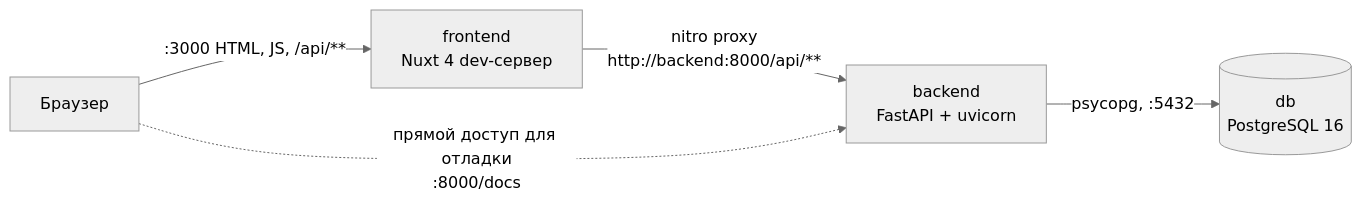
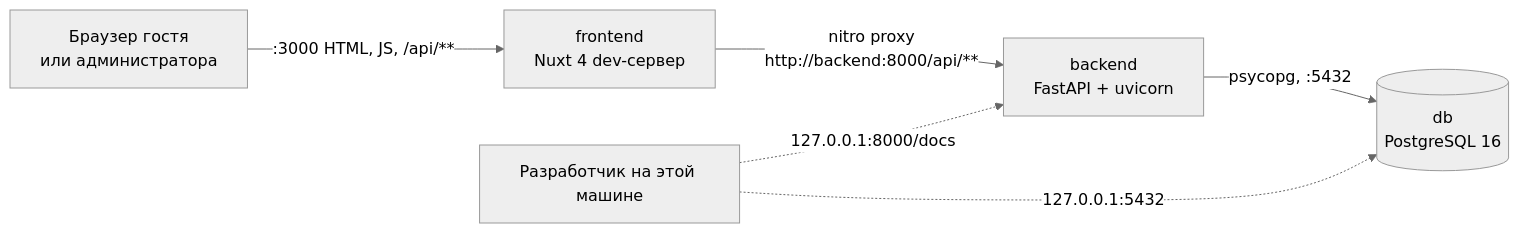
Before and after one commit to kirillrub108/web-hotel: the first of 2 diagrams in docs/02-architecture.md, drawn with Mermaid (neutral theme). The commit also changed other lines of this file and 42 other files, not shown here.

````diff
--- a/docs/02-architecture.md
+++ b/docs/02-architecture.md
@@ -5,7 +5,8 @@
 ```mermaid
 graph LR
-  B["Браузер"] -->|":3000 HTML, JS, /api/**"| F["frontend<br/>Nuxt 4 dev-сервер"]
+  B["Браузер гостя<br/>или администратора"] -->|":3000 HTML, JS, /api/**"| F["frontend<br/>Nuxt 4 dev-сервер"]
   F -->|"nitro proxy<br/>http://backend:8000/api/**"| A["backend<br/>FastAPI + uvicorn"]
   A -->|"psycopg, :5432"| D[("db<br/>PostgreSQL 16")]
-  B -.->|"прямой доступ для отладки<br/>:8000/docs"| A
+  H["Разработчик на этой машине"] -.->|"127.0.0.1:8000/docs"| A
+  H -.->|"127.0.0.1:5432"| D
 ```
````
